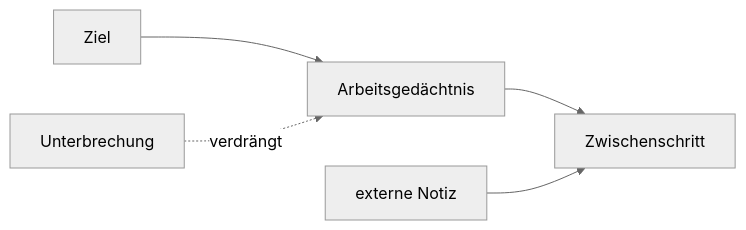
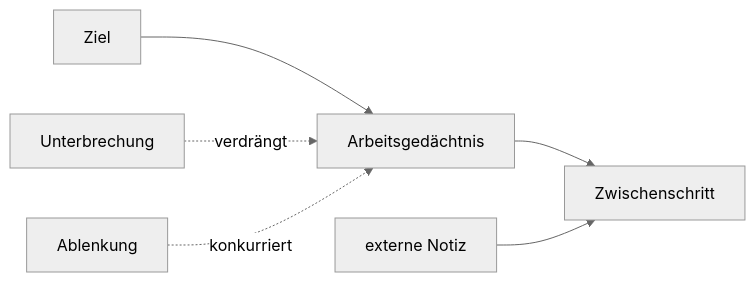
The diagram in 01-Grundlagen/04-Arbeitsgedaechtnis.md (H234598/ADHS-Lernpfad), drawn with Mermaid (neutral theme) before and after one commit. The commit also changed other lines of this file and 12 other files, not shown here.

````diff
--- a/01-Grundlagen/04-Arbeitsgedaechtnis.md
+++ b/01-Grundlagen/04-Arbeitsgedaechtnis.md
@@ -31,7 +43,8 @@
 ```mermaid
 flowchart LR
   Z[Ziel] --> W[Arbeitsgedächtnis]
   W --> S[Zwischenschritt]
   U[Unterbrechung] -. verdrängt .-> W
   N[externe Notiz] --> S
+  A[Ablenkung] -. konkurriert .-> W
 ```
````
